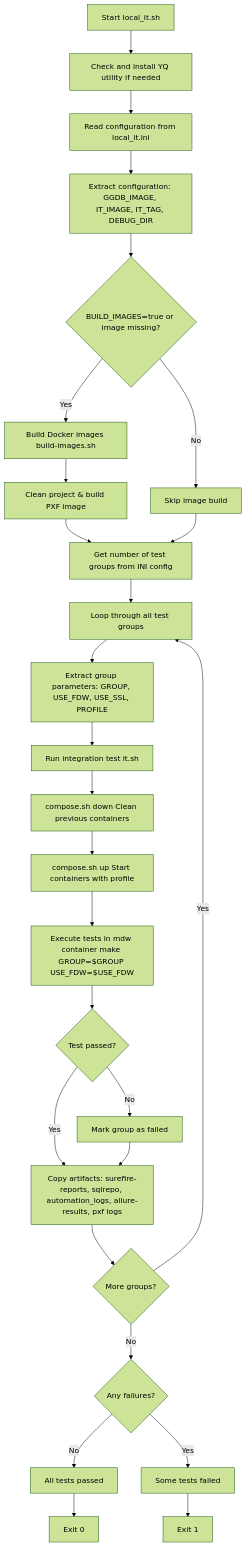
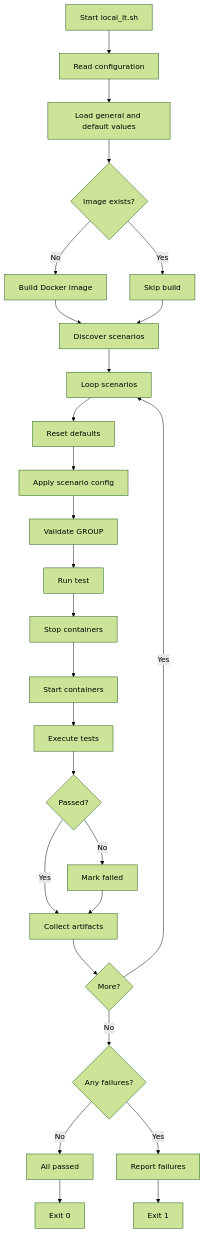
The diagram in automation/env/README.md (GreengageDB/pxf), drawn with Mermaid (forest theme) before and after one commit. The commit also changed other lines of this file and 3 other files, not shown here.

````diff
--- a/automation/env/README.md
+++ b/automation/env/README.md
@@ -183,33 +196,33 @@
 ```mermaid
 flowchart TD
-    A[Start local_it.sh] --> B[Check and install YQ utility if needed]
-    B --> C[Read configuration from local_it.ini]
-    C --> D[Extract configuration: GGDB_IMAGE, IT_IMAGE, IT_TAG, DEBUG_DIR]
-    D --> E{BUILD_IMAGES=true or image missing?}
-    E -->|Yes| F[Build Docker images build-images.sh]
-    E -->|No| G[Skip image build]
-    F --> H[Clean project & build PXF image]
-    H --> I
-    G --> I[Get number of test groups from INI config]
-    I --> J[Loop through all test groups]
+    A[Start local_it.sh] --> B[Read configuration]
+    B --> C[Load general and default values]
+    C --> D{Image exists?}
+    D -->|No| E[Build Docker image]
+    D -->|Yes| F[Skip build]
+    E --> G
+    F --> G[Discover scenarios]
+    G --> H[Loop scenarios]
     
-    J --> K[Extract group parameters: GROUP, USE_FDW, USE_SSL, PROFILE]
-    K --> L[Run integration test it.sh]
+    H --> I[Reset defaults]
+    I --> J[Apply scenario config]
+    J --> K[Validate GROUP]
+    K --> L[Run test]
     
-    L --> M[compose.sh down Clean previous containers]
-    M --> N[compose.sh up Start containers with profile]
-    N --> O[Execute tests in mdw container make GROUP=$GROUP USE_FDW=$USE_FDW]
-    O --> P{Test passed?}
-    P -->|No| Q[Mark group as failed]
-    P -->|Yes| R[Copy artifacts: surefire-reports, sqlrepo, automation_logs, allure-results, pxf logs]
-    R --> S{More groups?}
+    L --> M[Stop containers]
+    M --> N[Start containers]
+    N --> O[Execute tests]
+    O --> P{Passed?}
+    P -->|No| Q[Mark failed]
+    P -->|Yes| R[Collect artifacts]
+    R --> S{More?}
     
-    S -->|Yes| J
+    S -->|Yes| H
     S -->|No| T{Any failures?}
-    T -->|No| U[All tests passed]
-    T -->|Yes| V[Some tests failed]
+    T -->|No| U[All passed]
+    T -->|Yes| V[Report failures]
     
     U --> W[Exit 0]
     V --> X[Exit 1]
     Q --> R
 ```
````
